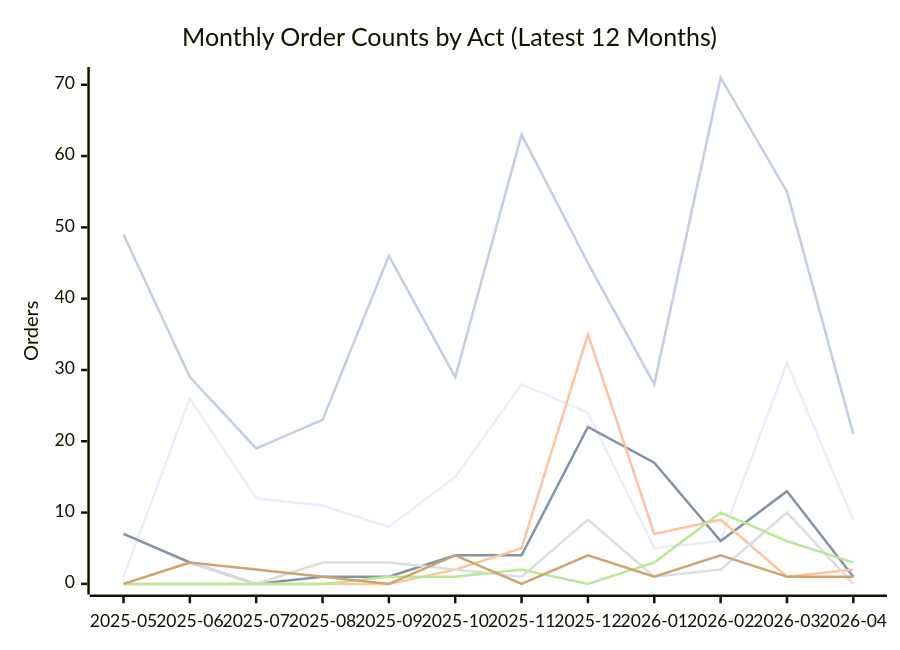
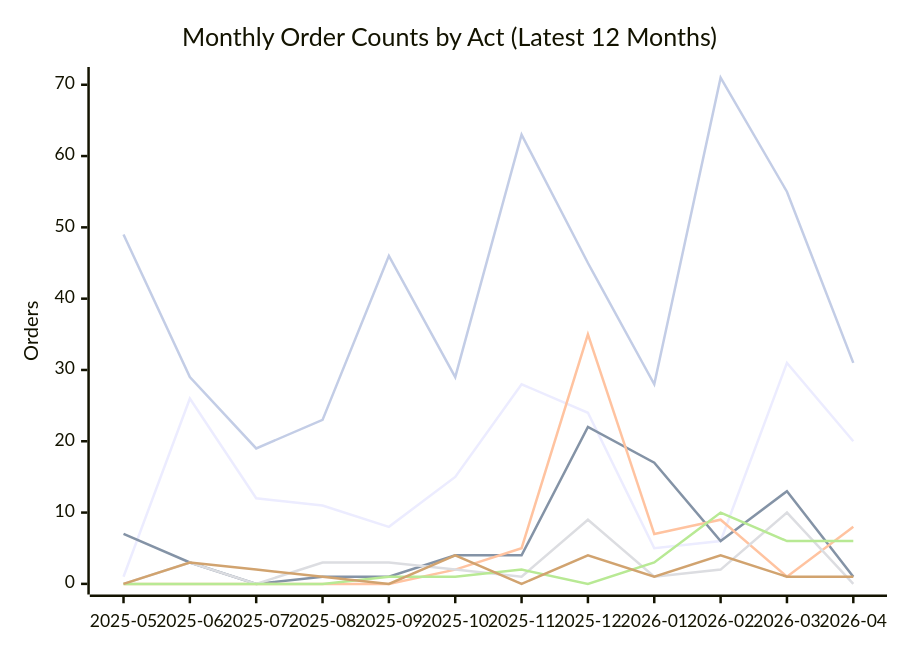
One commit to PatLittle/oic-data changed the second of 2 diagrams in README.md. Above: the diagram before and after it, drawn with Mermaid. The commit also changed other lines of this file and 61 other files, not shown here.

````diff
--- a/README.md
+++ b/README.md
@@ -71,13 +71,13 @@
 ```mermaid
 xychart-beta
     title "Monthly Order Counts by Act (Latest 12 Months)"
     x-axis ["2025-05", "2025-06", "2025-07", "2025-08", "2025-09", "2025-10", "2025-11", "2025-12", "2026-01", "2026-02", "2026-03", "2026-04"]
     y-axis "Orders" 0 --> 71
-    line [1, 26, 12, 11, 8, 15, 28, 24, 5, 6, 31, 9]
+    line [1, 26, 12, 11, 8, 15, 28, 24, 5, 6, 31, 20]
     line [7, 3, 0, 1, 1, 4, 4, 22, 17, 6, 13, 1]
-    line [0, 0, 0, 0, 0, 2, 5, 35, 7, 9, 1, 2]
+    line [0, 0, 0, 0, 0, 2, 5, 35, 7, 9, 1, 8]
     line [0, 3, 0, 3, 3, 2, 1, 9, 1, 2, 10, 0]
-    line [0, 0, 0, 0, 1, 1, 2, 0, 3, 10, 6, 3]
+    line [0, 0, 0, 0, 1, 1, 2, 0, 3, 10, 6, 6]
     line [0, 3, 2, 1, 0, 4, 0, 4, 1, 4, 1, 1]
-    line [49, 29, 19, 23, 46, 29, 63, 45, 28, 71, 55, 21]
+    line [49, 29, 19, 23, 46, 29, 63, 45, 28, 71, 55, 31]
 ```
````
